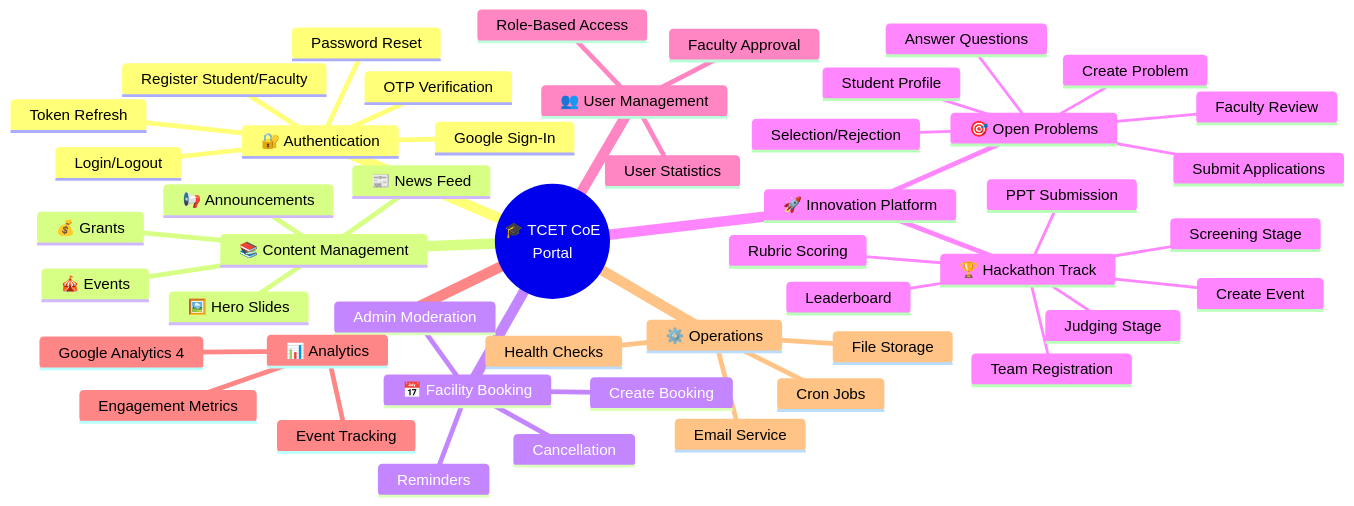
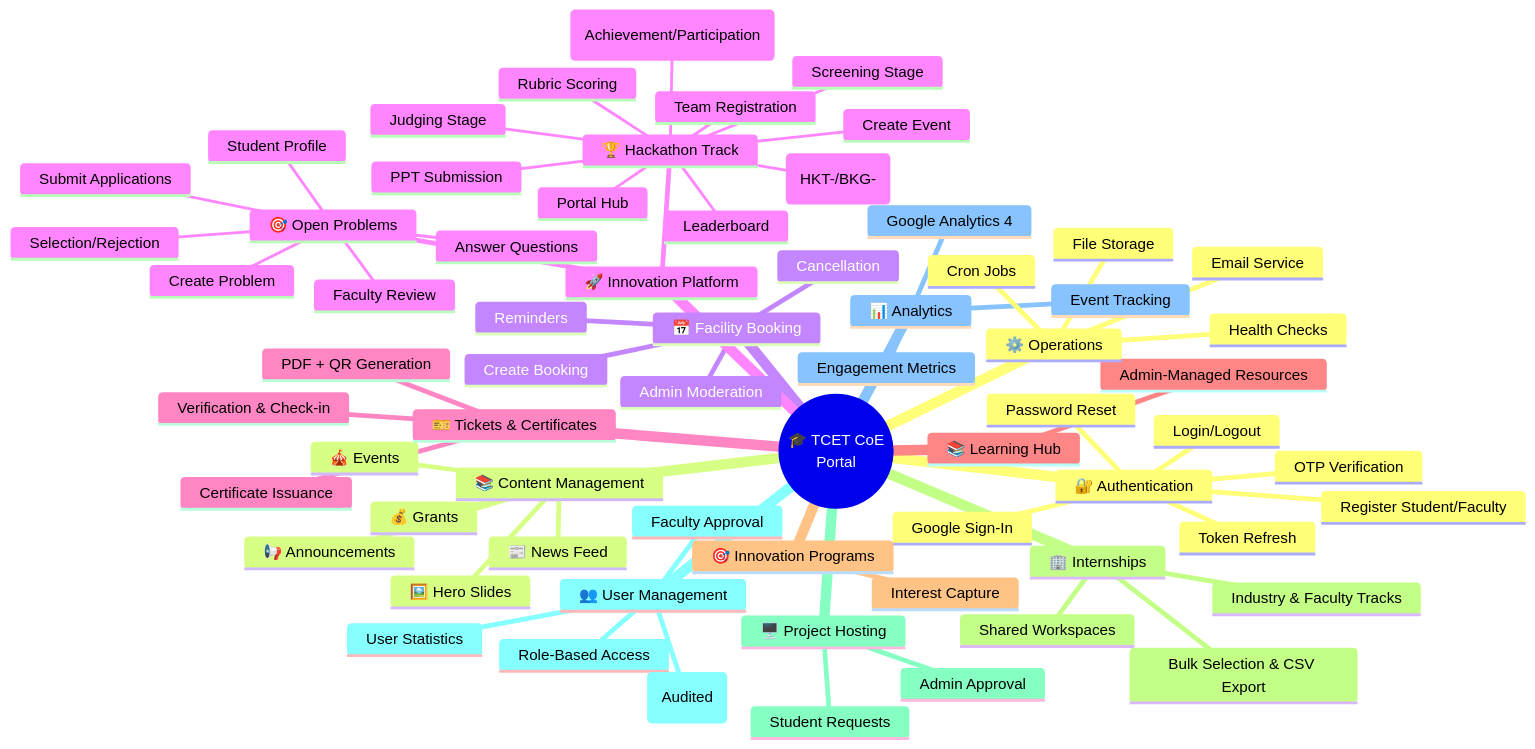
One commit to Newer1107/CoE-Main changed diagram 34 of 36 in README.md. Above: the diagram before and after it, drawn with Mermaid. The commit also changed other lines of this file and 35 other files, not shown here.

````diff
--- a/README.md
+++ b/README.md
@@ -2015,51 +2170,70 @@
 ```mermaid
 mindmap
   root((🎓 TCET CoE<br/>Portal))
     🔐 Authentication
       Register Student/Faculty
       OTP Verification
       Login/Logout
       Password Reset
       Token Refresh
       Google Sign-In
     📚 Content Management
       📰 News Feed
       🎪 Events
       💰 Grants
       📢 Announcements
       🖼️ Hero Slides
     📅 Facility Booking
       Create Booking
       Admin Moderation
       Reminders
       Cancellation
     🚀 Innovation Platform
       🎯 Open Problems
         Create Problem
         Student Profile
         Submit Applications
         Answer Questions
         Faculty Review
         Selection/Rejection
       🏆 Hackathon Track
         Create Event
         Team Registration
         PPT Submission
         Screening Stage
         Judging Stage
         Rubric Scoring
         Leaderboard
+        QR Tickets (HKT-/BKG-)
+        Certificates (Achievement/Participation)
+        Portal Hub
+    🎫 Tickets & Certificates
+      PDF + QR Generation
+      Verification & Check-in
+      Certificate Issuance
+    📚 Learning Hub
+      Admin-Managed Resources
+    🎯 Innovation Programs
+      Interest Capture
+    🏢 Internships
+      Industry & Faculty Tracks
+      Shared Workspaces
+      Bulk Selection & CSV Export
+    🖥️ Project Hosting
+      Student Requests
+      Admin Approval
     👥 User Management
       Role-Based Access
       Faculty Approval
       User Statistics
+      Admin Impersonation (Audited)
     📊 Analytics
       Google Analytics 4
       Event Tracking
       Engagement Metrics
     ⚙️ Operations
       Cron Jobs
       Email Service
       File Storage
       Health Checks
 ```
````
